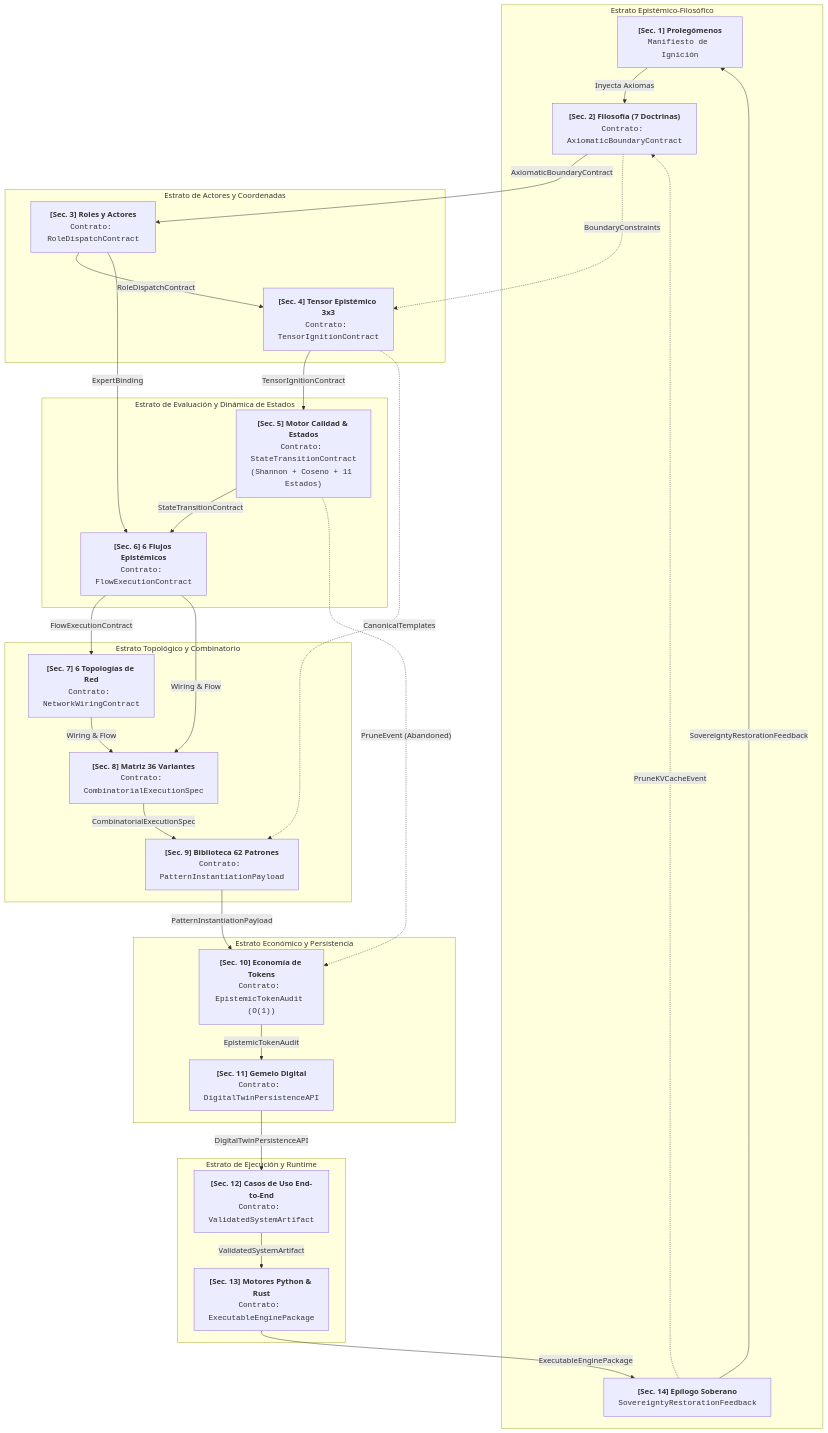
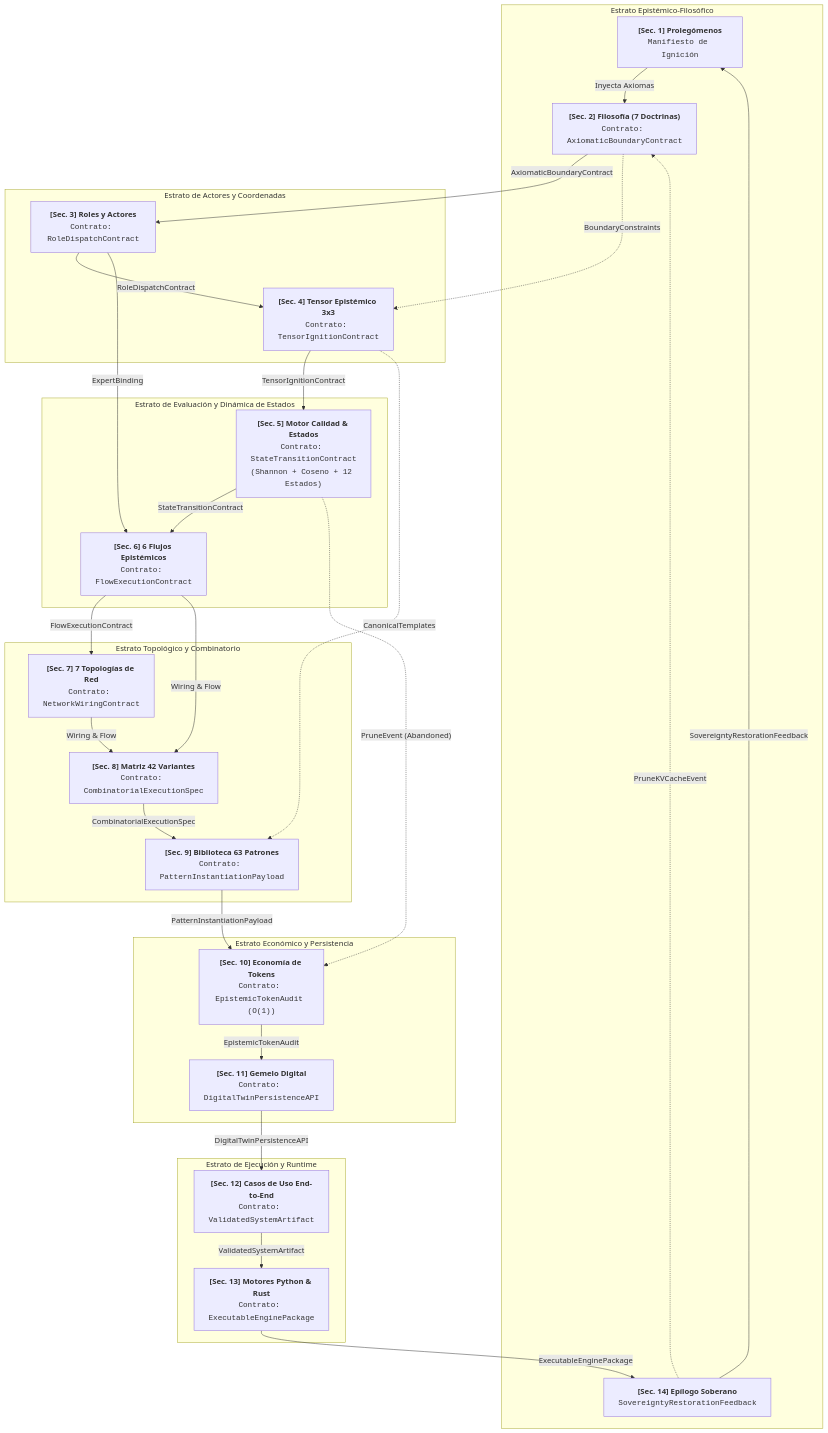
The first of 31 diagrams in Agents-Questions-First-Protocol-Omega-Core.md (plantacerium/Iterable-Interaction-Manual-Human-AI-AI-Human), drawn with Mermaid before and after one commit. The commit also changed other lines of this file, not shown here.

````diff
--- a/Agents-Questions-First-Protocol-Omega-Core.md
+++ b/Agents-Questions-First-Protocol-Omega-Core.md
@@ -83,55 +112,55 @@
 ```mermaid
 flowchart TD
     subgraph "Estrato Epistémico-Filosófico"
         S1["<b>[Sec. 1] Prolegómenos</b><br/><code>Manifiesto de Ignición</code>"]
         S2["<b>[Sec. 2] Filosofía (7 Doctrinas)</b><br/><code>Contrato: AxiomaticBoundaryContract</code>"]
         S14["<b>[Sec. 14] Epílogo Soberano</b><br/><code>SovereigntyRestorationFeedback</code>"]
     end
 
     subgraph "Estrato de Actores y Coordenadas"
         S3["<b>[Sec. 3] Roles y Actores</b><br/><code>Contrato: RoleDispatchContract</code>"]
         S4["<b>[Sec. 4] Tensor Epistémico 3x3</b><br/><code>Contrato: TensorIgnitionContract</code>"]
     end
 
     subgraph "Estrato de Evaluación y Dinámica de Estados"
-        S5["<b>[Sec. 5] Motor Calidad & Estados</b><br/><code>Contrato: StateTransitionContract</code><br/><code>(Shannon + Coseno + 11 Estados)</code>"]
+        S5["<b>[Sec. 5] Motor Calidad & Estados</b><br/><code>Contrato: StateTransitionContract</code><br/><code>(Shannon + Coseno + 12 Estados)</code>"]
         S6["<b>[Sec. 6] 6 Flujos Epistémicos</b><br/><code>Contrato: FlowExecutionContract</code>"]
     end
 
     subgraph "Estrato Topológico y Combinatorio"
-        S7["<b>[Sec. 7] 6 Topologías de Red</b><br/><code>Contrato: NetworkWiringContract</code>"]
-        S8["<b>[Sec. 8] Matriz 36 Variantes</b><br/><code>Contrato: CombinatorialExecutionSpec</code>"]
-        S9["<b>[Sec. 9] Biblioteca 62 Patrones</b><br/><code>Contrato: PatternInstantiationPayload</code>"]
+        S7["<b>[Sec. 7] 7 Topologías de Red</b><br/><code>Contrato: NetworkWiringContract</code>"]
+        S8["<b>[Sec. 8] Matriz 42 Variantes</b><br/><code>Contrato: CombinatorialExecutionSpec</code>"]
+        S9["<b>[Sec. 9] Biblioteca 63 Patrones</b><br/><code>Contrato: PatternInstantiationPayload</code>"]
     end
 
     subgraph "Estrato Económico y Persistencia"
         S10["<b>[Sec. 10] Economía de Tokens</b><br/><code>Contrato: EpistemicTokenAudit (O(1))</code>"]
         S11["<b>[Sec. 11] Gemelo Digital</b><br/><code>Contrato: DigitalTwinPersistenceAPI</code>"]
     end
 
     subgraph "Estrato de Ejecución y Runtime"
         S12["<b>[Sec. 12] Casos de Uso End-to-End</b><br/><code>Contrato: ValidatedSystemArtifact</code>"]
         S13["<b>[Sec. 13] Motores Python & Rust</b><br/><code>Contrato: ExecutableEnginePackage</code>"]
     end
 
     %% Flujos de Comunicación e Interfaces
     S1 -->|"Inyecta Axiomas"| S2
     S2 -->|"AxiomaticBoundaryContract"| S3
     S2 -.->|"BoundaryConstraints"| S4
     S3 -->|"RoleDispatchContract"| S4
     S3 -->|"ExpertBinding"| S6
     S4 -->|"TensorIgnitionContract"| S5
     S4 -.->|"CanonicalTemplates"| S9
     S5 -->|"StateTransitionContract"| S6
     S5 -.->|"PruneEvent (Abandoned)"| S10
     S6 -->|"FlowExecutionContract"| S7
     S6 & S7 -->|"Wiring & Flow"| S8
     S8 -->|"CombinatorialExecutionSpec"| S9
     S9 -->|"PatternInstantiationPayload"| S10
     S10 -->|"EpistemicTokenAudit"| S11
     S11 -->|"DigitalTwinPersistenceAPI"| S12
     S12 -->|"ValidatedSystemArtifact"| S13
     S13 -->|"ExecutableEnginePackage"| S14
     S14 -->|"SovereigntyRestorationFeedback"| S1
     S14 -.->|"PruneKVCacheEvent"| S2
 ```
````
